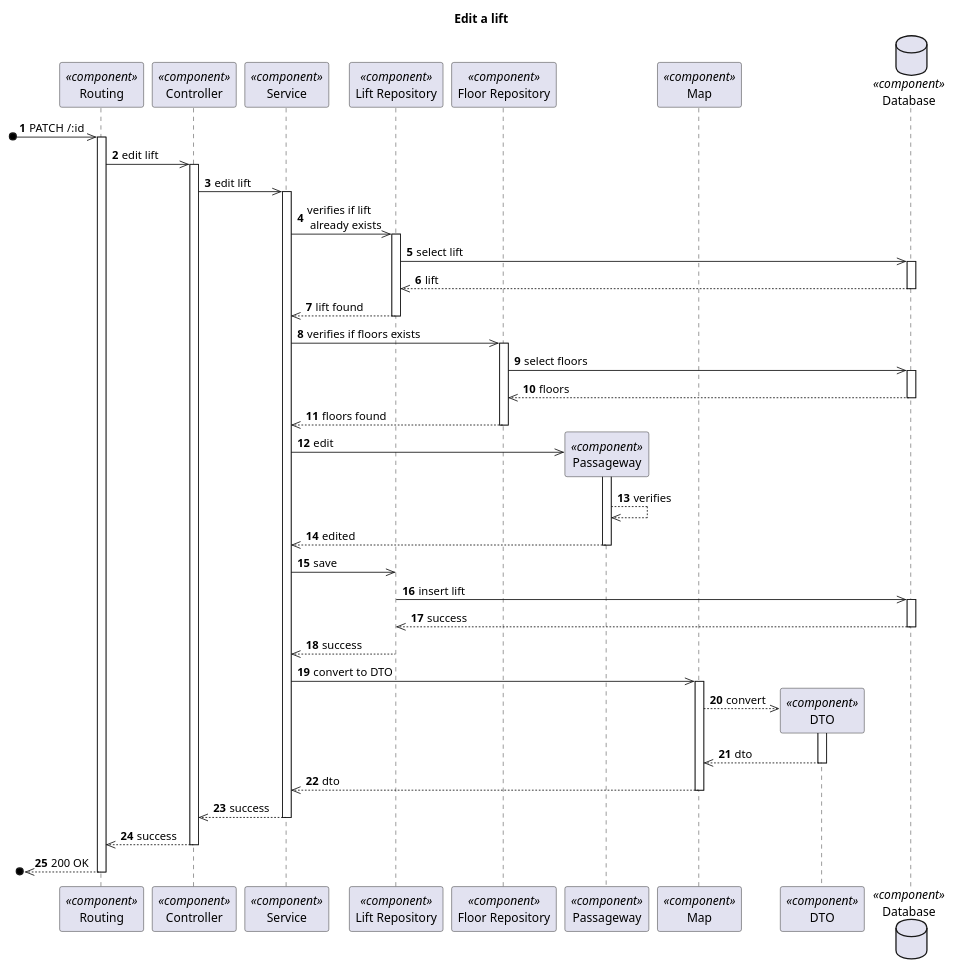
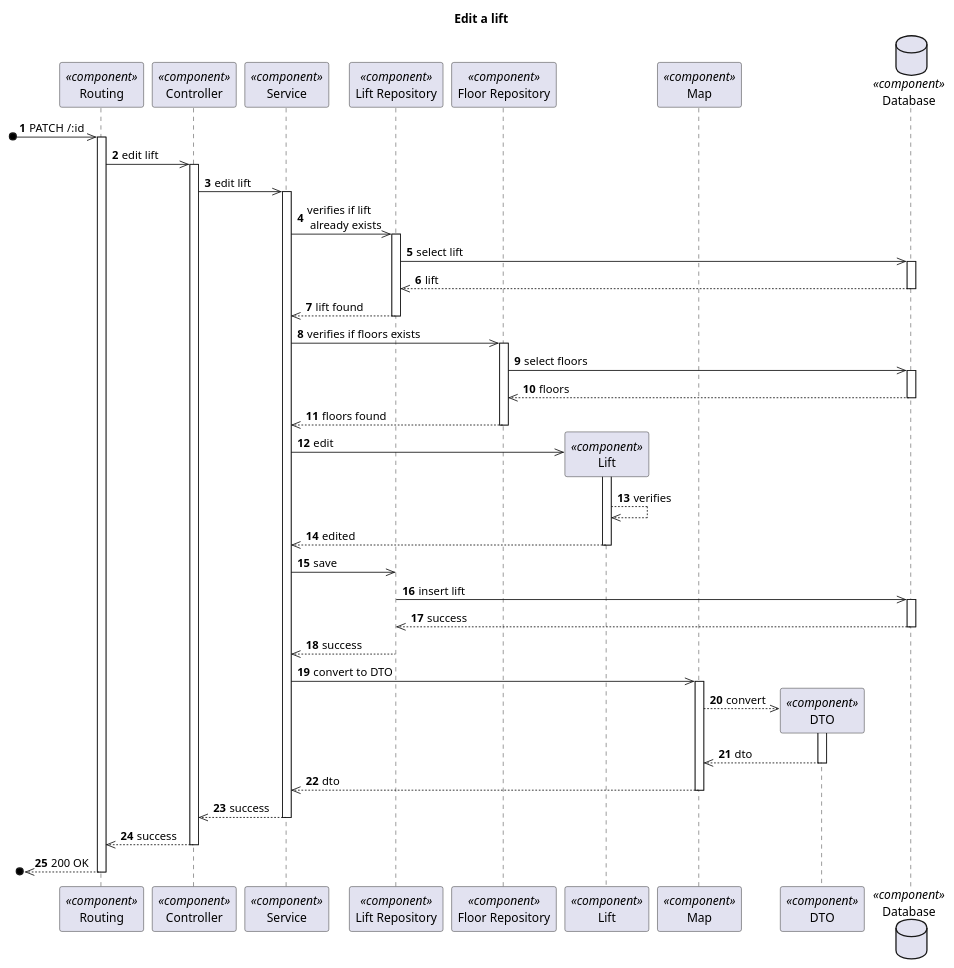
One commit to 1210910/lapr5 changed the diagram in docs/VistaProcesso/US280/InformationManager/ProcessView_Level3_US280.puml. Above: the diagram before and after it, drawn with PlantUML.

Commit message:
Process View US280 correction

```diff
--- a/docs/VistaProcesso/US280/InformationManager/ProcessView_Level3_US280.puml
+++ b/docs/VistaProcesso/US280/InformationManager/ProcessView_Level3_US280.puml
@@ -1,85 +1,85 @@
 @startuml Process View - Level 3
 
 autonumber
 skinparam packageStyle rect
 
 title Edit a lift
 
 participant "Routing" as routing <<component>>
 participant "Controller" as controller <<component>>
 participant "Service" as service <<component>>
 participant "Lift Repository" as liftrepo <<component>>
 participant "Floor Repository" as floorrepo <<component>>
-participant "Passageway" as lift <<component>>
+participant "Lift" as lift <<component>>
 participant "Map" as map <<component>>
 participant "DTO" as dto <<component>>
 database "Database" as db <<component>>
 
 ?o->> routing : PATCH /:id
 activate routing
 routing ->> controller : edit lift
 
 activate controller
 controller ->> service : edit lift
 
 activate service
 service ->> liftrepo : verifies if lift \n already exists
 
 activate liftrepo
 liftrepo ->> db : select lift
 activate db
 db -->> liftrepo : lift
 deactivate db
 
 liftrepo -->> service : lift found
 deactivate liftrepo
 
 service ->> floorrepo : verifies if floors exists
 activate floorrepo
 floorrepo ->> db : select floors
 activate db
 db -->> floorrepo : floors
 deactivate db
 
 floorrepo -->> service : floors found
 deactivate floorrepo
 
 service ->> lift** : edit
 activate lift
 
 lift -->> lift: verifies
 
 lift -->> service : edited
 deactivate lift
 
 service ->> liftrepo : save
 liftrepo ->> db : insert lift
 activate db
 db -->> liftrepo : success
 deactivate db
 
 liftrepo -->> service : success
 deactivate liftrepo
 
 service ->> map : convert to DTO
 activate map
 
 map -->> dto** : convert
 activate dto
 
 dto -->> map : dto
 deactivate dto
 
 map -->> service : dto
 deactivate map
 
 service -->> controller : success
 deactivate service
 
 controller -->> routing : success
 deactivate controller
 
 ?o<<-- routing : 200 OK
 deactivate routing
 
 @enduml
```
